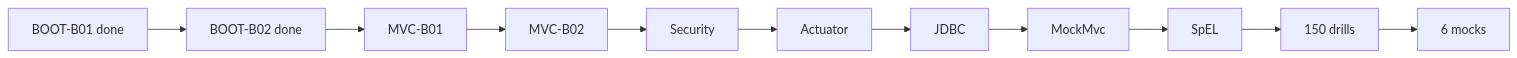
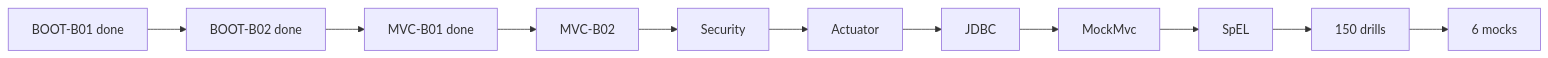
Before and after one commit to alimbetov/obsidian: the second of 2 diagrams in 30_CERTIFICATIONS/Spring/2V0-72.22/Spring 99 Percent Master Roadmap.md, drawn with Mermaid. The commit also changed other lines of this file, not shown here.

Commit message:
Publish SPRING-MVC-B01 in master roadmap

````diff
--- a/30_CERTIFICATIONS/Spring/2V0-72.22/Spring 99 Percent Master Roadmap.md
+++ b/30_CERTIFICATIONS/Spring/2V0-72.22/Spring 99 Percent Master Roadmap.md
@@ -249,13 +255,13 @@
 ```mermaid
 flowchart LR
     B1["BOOT-B01 done"] --> B2["BOOT-B02 done"]
-    B2 --> MVC1["MVC-B01"]
+    B2 --> MVC1["MVC-B01 done"]
     MVC1 --> MVC2["MVC-B02"]
     MVC2 --> SEC["Security"]
     SEC --> ACT["Actuator"]
     ACT --> JDBC["JDBC"]
     JDBC --> WEBTEST["MockMvc"]
     WEBTEST --> SPEL["SpEL"]
     SPEL --> DRILLS["150 drills"]
     DRILLS --> MOCKS["6 mocks"]
 ```
````
